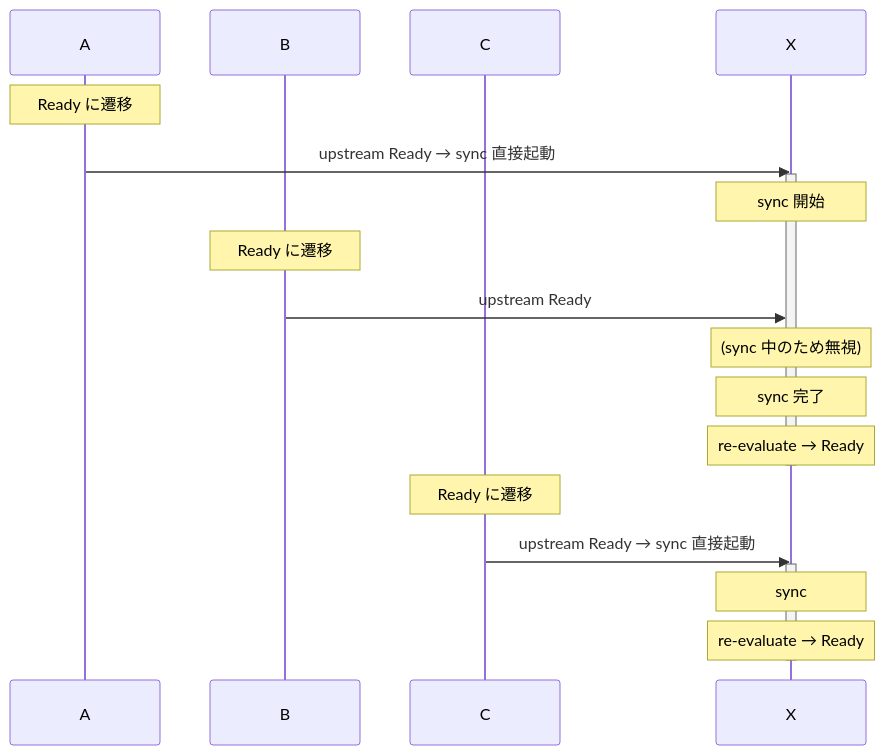
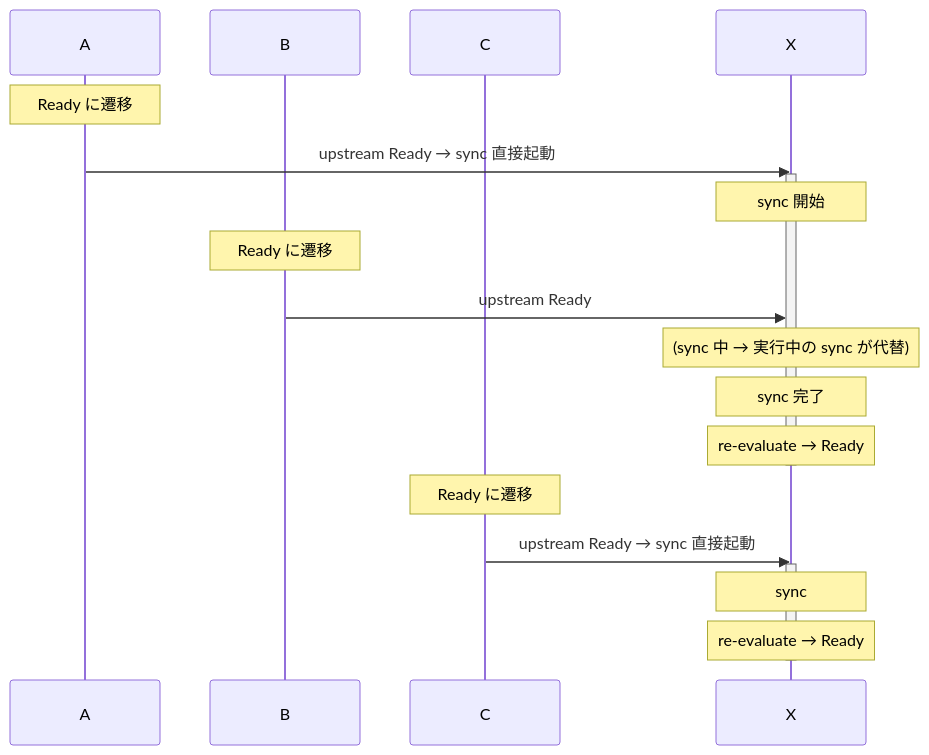
The fourth of 13 diagrams in docs/ja/architecture/serve/scenarios.md (nagi-project/nagi), drawn with Mermaid before and after one commit. The commit also changed other lines of this file and 1 other file, not shown here.

Commit message:
docs(serve): update scenarios to describe sync subsumption instead of ignore

````diff
--- a/docs/ja/architecture/serve/scenarios.md
+++ b/docs/ja/architecture/serve/scenarios.md
@@ -52,27 +52,27 @@
 ```mermaid
 sequenceDiagram
     participant A
     participant B
     participant C
     participant X
 
     Note over A: Ready に遷移
     A->>X: upstream Ready → sync 直接起動
     activate X
     Note over X: sync 開始
 
     Note over B: Ready に遷移
     B->>X: upstream Ready
-    Note over X: (sync 中のため無視)
+    Note over X: (sync 中 → 実行中の sync が代替)
 
     Note over X: sync 完了
     Note over X: re-evaluate → Ready
     deactivate X
 
     Note over C: Ready に遷移
     C->>X: upstream Ready → sync 直接起動
     activate X
     Note over X: sync
     Note over X: re-evaluate → Ready
     deactivate X
 ```
````
